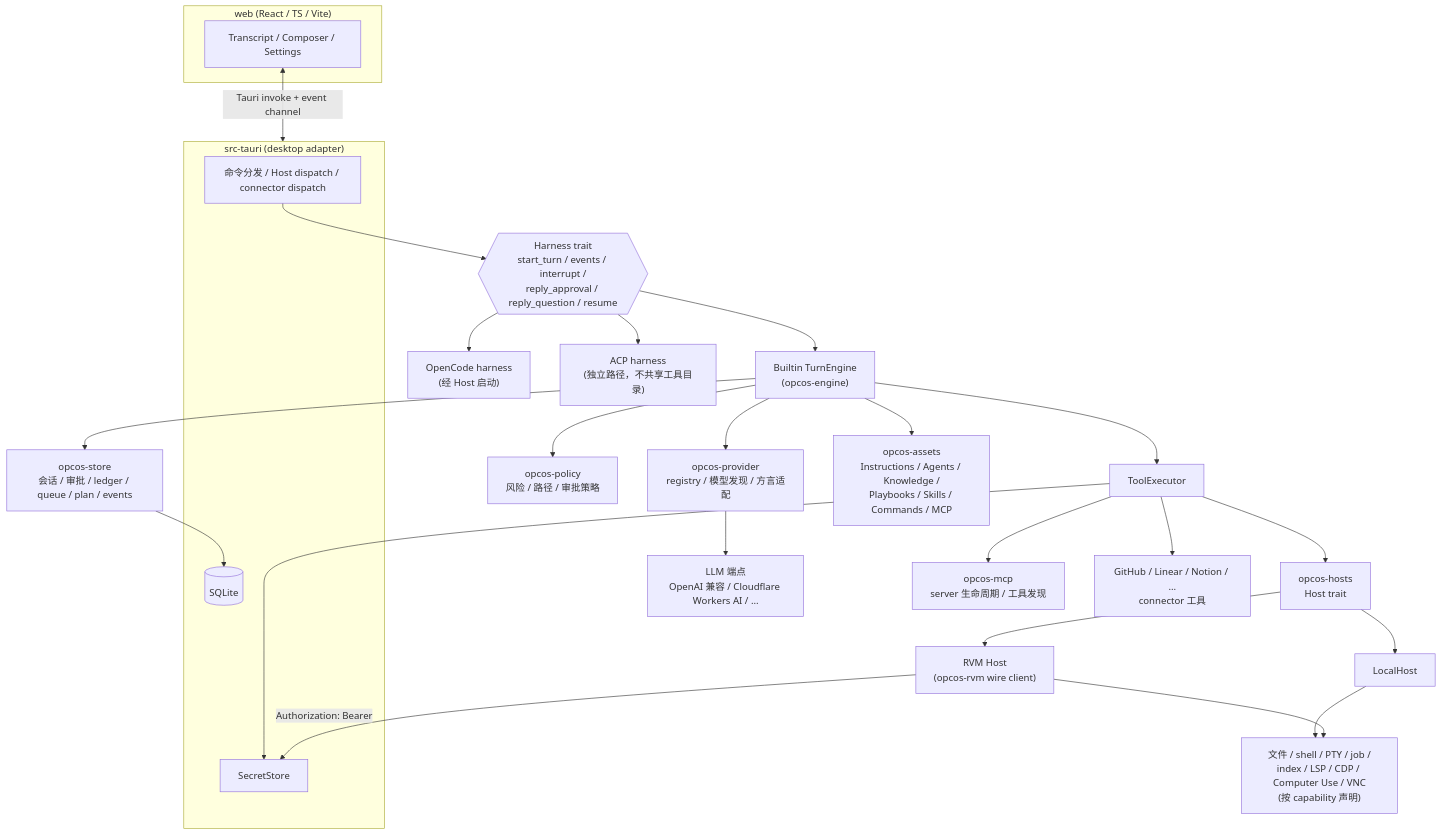
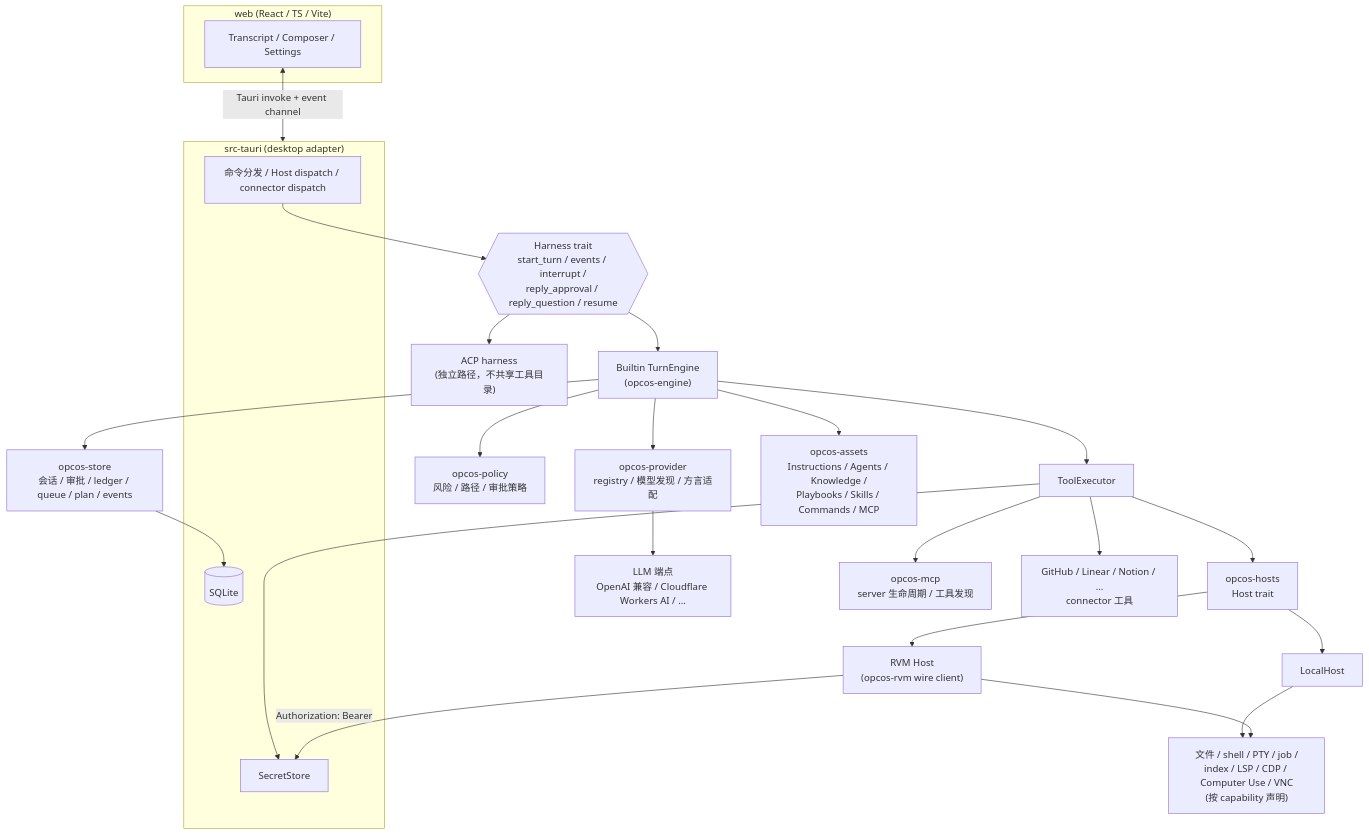
Before and after one commit to LebsChen/OPCOS: the third of 3 diagrams in README.md, drawn with Mermaid. The commit also changed other lines of this file and 6 other files, not shown here.

Commit message:
Remove bespoke OpenCode harness

````diff
--- a/README.md
+++ b/README.md
@@ -76,37 +76,36 @@
 ```mermaid
 flowchart TB
     subgraph FE["web (React / TS / Vite)"]
         T[Transcript / Composer / Settings]
     end
     T <-->|Tauri invoke + event channel| ADP
 
     subgraph ADP["src-tauri (desktop adapter)"]
         D[命令分发 / Host dispatch / connector dispatch]
         SEC[SecretStore]
         SQL[(SQLite)]
     end
 
     D --> H{{"Harness trait<br/>start_turn / events / interrupt /<br/>reply_approval / reply_question / resume"}}
     H --> BI["Builtin TurnEngine<br/>(opcos-engine)"]
-    H --> OC["OpenCode harness<br/>(经 Host 启动)"]
     H --> ACP["ACP harness<br/>(独立路径，不共享工具目录)"]
 
     BI --> PROV["opcos-provider<br/>registry / 模型发现 / 方言适配"]
     PROV --> LLM["LLM 端点<br/>OpenAI 兼容 / Cloudflare Workers AI / …"]
 
     BI --> TE["ToolExecutor"]
     TE --> HOSTS["opcos-hosts<br/>Host trait"]
     HOSTS --> LH["LocalHost"]
     HOSTS --> RVM["RVM Host<br/>(opcos-rvm wire client)"]
     LH --> CAP["文件 / shell / PTY / job /<br/>index / LSP / CDP / Computer Use / VNC<br/>(按 capability 声明)"]
     RVM --> CAP
     TE --> MCP["opcos-mcp<br/>server 生命周期 / 工具发现"]
     TE --> GH["GitHub / Linear / Notion / …<br/>connector 工具"]
 
     BI --> POL["opcos-policy<br/>风险 / 路径 / 审批策略"]
     BI --> ST["opcos-store<br/>会话 / 审批 / ledger / queue / plan / events"]
     BI --> AS["opcos-assets<br/>Instructions / Agents / Knowledge /<br/>Playbooks / Skills / Commands / MCP"]
     ST --> SQL
     TE --> SEC
     RVM -->|Authorization: Bearer| SEC
 ```
````
